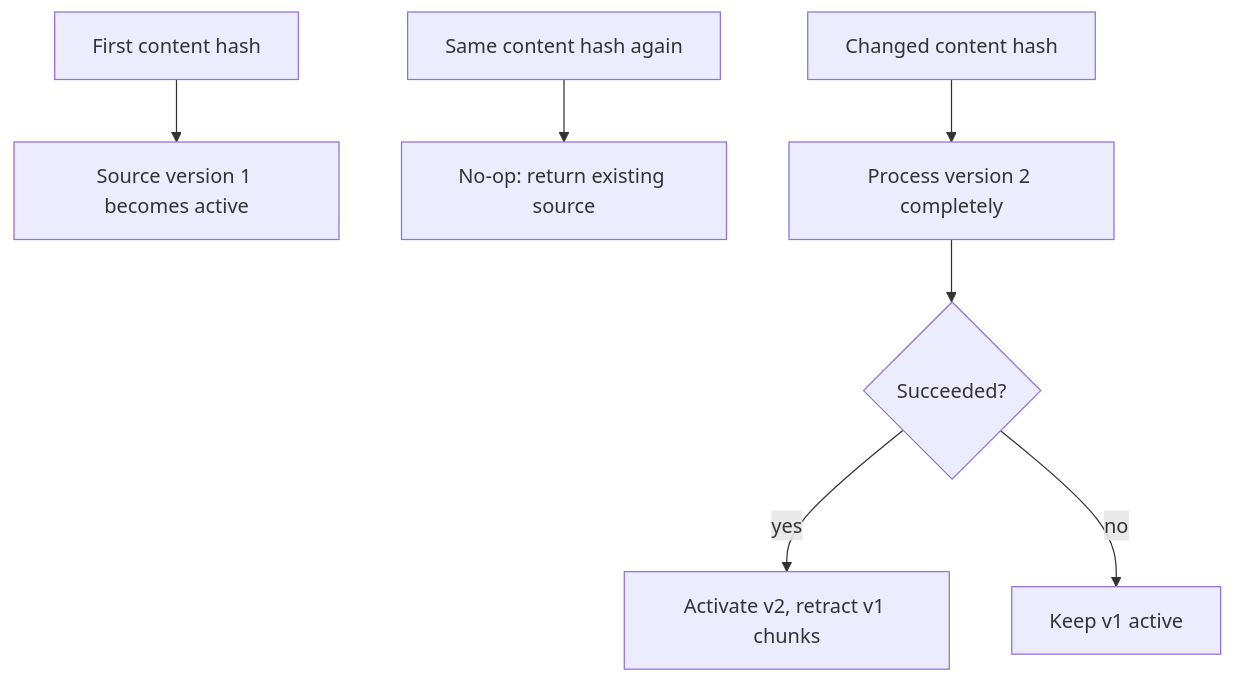
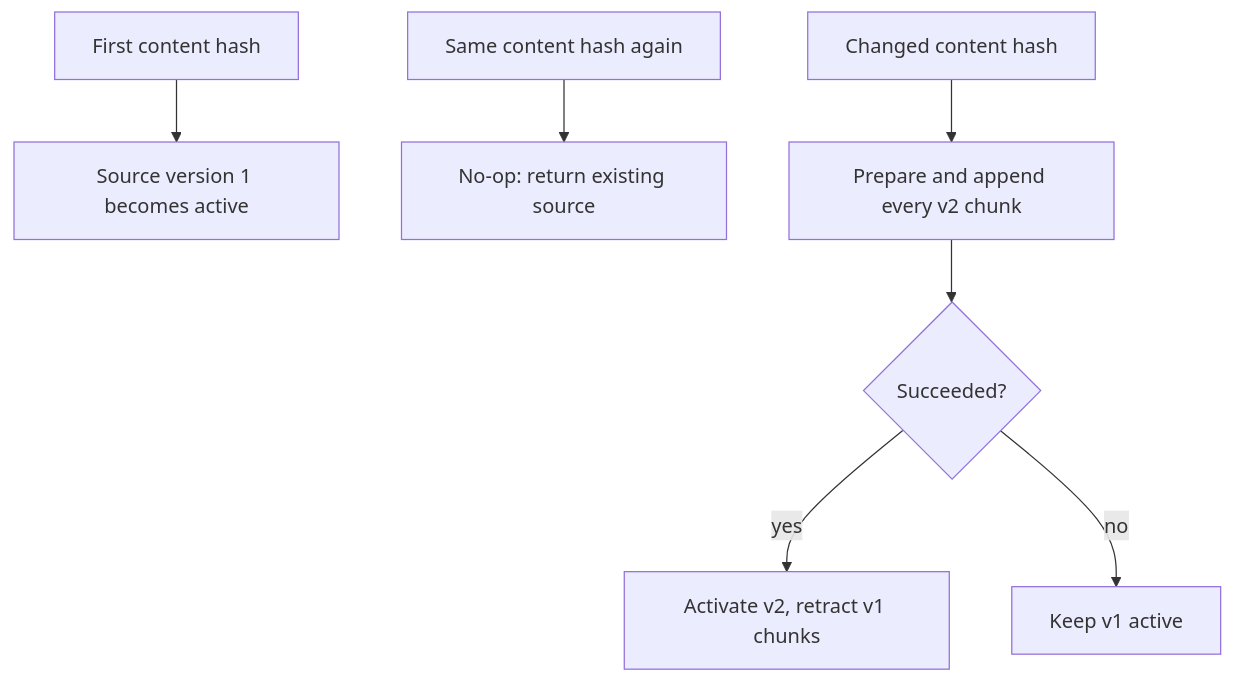
Before and after one commit to shanmukh05/trisynapse-memory: the fifth of 12 diagrams in docs/architecture.md, drawn with Mermaid. The commit also changed other lines of this file and 76 other files, not shown here.

````diff
--- a/docs/architecture.md
+++ b/docs/architecture.md
@@ -122,9 +303,9 @@
 ```mermaid
 flowchart TD
     A["First content hash"] --> V1["Source version 1 becomes active"]
     B["Same content hash again"] --> NO["No-op: return existing source"]
-    C["Changed content hash"] --> V2["Process version 2 completely"]
+    C["Changed content hash"] --> V2["Prepare and append every v2 chunk"]
     V2 --> OK{"Succeeded?"}
     OK -->|"yes"| SW["Activate v2, retract v1 chunks"]
     OK -->|"no"| KEEP["Keep v1 active"]
 ```
````
